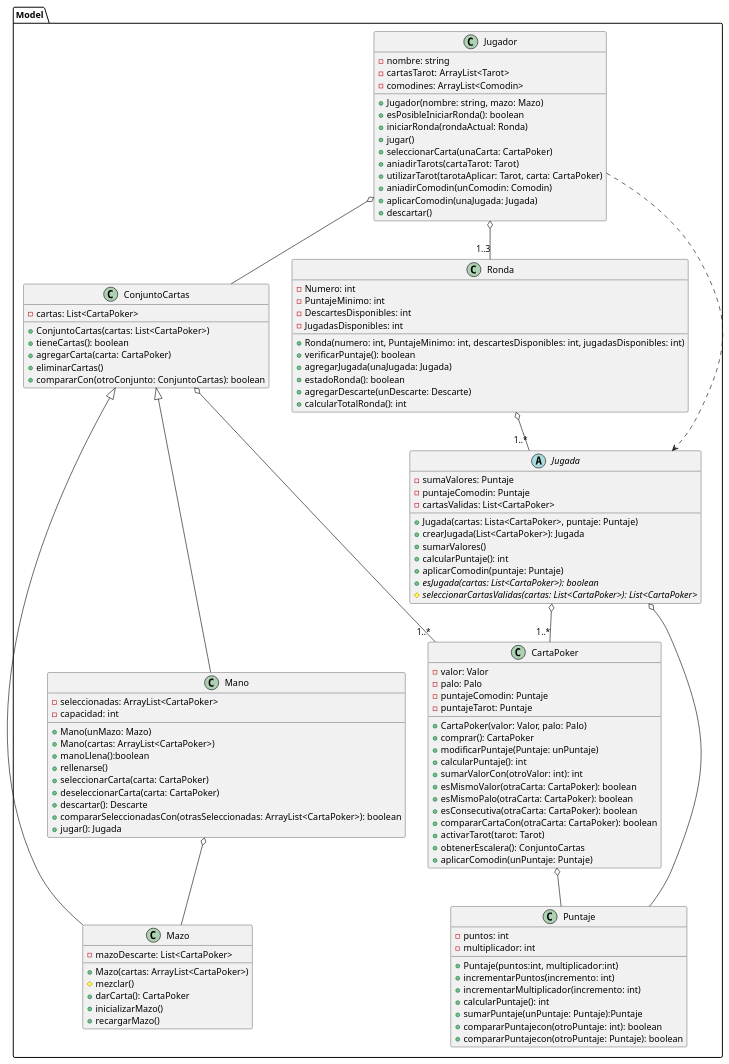
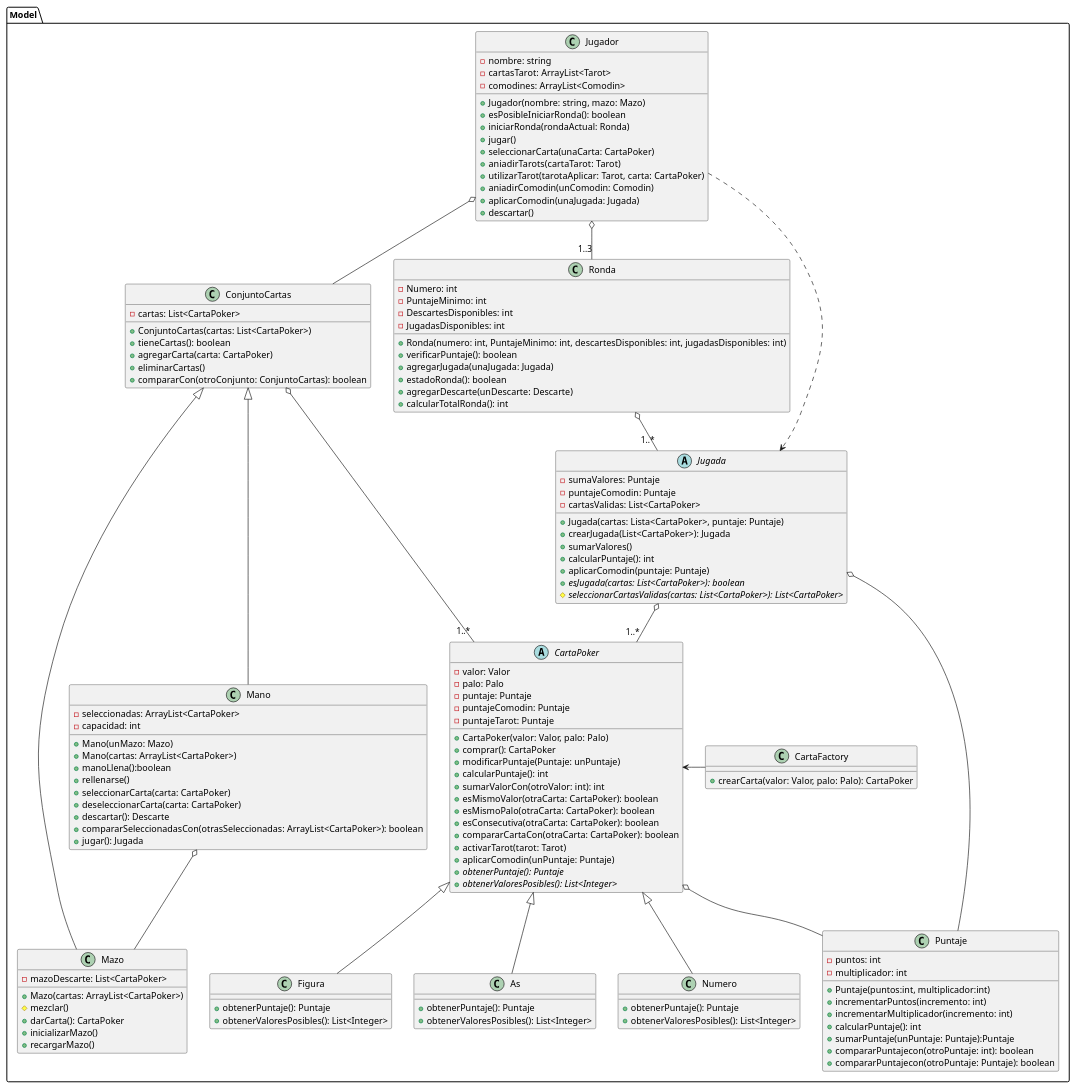
Before and after one commit to carruizdiaz1109/UBAlatro: the diagram in diagrams/classes/clasesBalatro2.puml, drawn with PlantUML. The commit also changed 6 other files, not shown here.

Commit message:
actualizo los diagramas de clase

```diff
--- a/diagrams/classes/clasesBalatro2.puml
+++ b/diagrams/classes/clasesBalatro2.puml
@@ -1,137 +1,163 @@
 @startuml
 
 package Model {
 
-class Jugador {
-    - nombre: string
-    - cartasTarot: ArrayList<Tarot>
-    - comodines: ArrayList<Comodin>
+    class Jugador {
+        - nombre: string
+        - cartasTarot: ArrayList<Tarot>
+        - comodines: ArrayList<Comodin>
 
-    + Jugador(nombre: string, mazo: Mazo)
-    + esPosibleIniciarRonda(): boolean
-    + iniciarRonda(rondaActual: Ronda)
-    + jugar()
-    + seleccionarCarta(unaCarta: CartaPoker)
-    + aniadirTarots(cartaTarot: Tarot)
-    + utilizarTarot(tarotaAplicar: Tarot, carta: CartaPoker)
-    + aniadirComodin(unComodin: Comodin)
-    + aplicarComodin(unaJugada: Jugada)
-    + descartar()
-}
+        + Jugador(nombre: string, mazo: Mazo)
+        + esPosibleIniciarRonda(): boolean
+        + iniciarRonda(rondaActual: Ronda)
+        + jugar()
+        + seleccionarCarta(unaCarta: CartaPoker)
+        + aniadirTarots(cartaTarot: Tarot)
+        + utilizarTarot(tarotaAplicar: Tarot, carta: CartaPoker)
+        + aniadirComodin(unComodin: Comodin)
+        + aplicarComodin(unaJugada: Jugada)
+        + descartar()
+    }
 
-class ConjuntoCartas{
-    - cartas: List<CartaPoker>
+    class ConjuntoCartas{
+        - cartas: List<CartaPoker>
 
-    + ConjuntoCartas(cartas: List<CartaPoker>)
-    + tieneCartas(): boolean
-    + agregarCarta(carta: CartaPoker)
-    + eliminarCartas()
-    + compararCon(otroConjunto: ConjuntoCartas): boolean
-}
+        + ConjuntoCartas(cartas: List<CartaPoker>)
+        + tieneCartas(): boolean
+        + agregarCarta(carta: CartaPoker)
+        + eliminarCartas()
+        + compararCon(otroConjunto: ConjuntoCartas): boolean
+    }
 
-class Mazo {
-    - mazoDescarte: List<CartaPoker>
+    class Mazo {
+        - mazoDescarte: List<CartaPoker>
 
-    + Mazo(cartas: ArrayList<CartaPoker>)
-    # mezclar()
-    + darCarta(): CartaPoker
-    + inicializarMazo()
-    + recargarMazo()
-}
+        + Mazo(cartas: ArrayList<CartaPoker>)
+        # mezclar()
+        + darCarta(): CartaPoker
+        + inicializarMazo()
+        + recargarMazo()
+    }
 
-class Mano {
-    - seleccionadas: ArrayList<CartaPoker>
-    - capacidad: int
+    class Mano {
+        - seleccionadas: ArrayList<CartaPoker>
+        - capacidad: int
 
-    + Mano(unMazo: Mazo)
-    + Mano(cartas: ArrayList<CartaPoker>)
-    + manoLlena():boolean
-    +rellenarse()
-    + seleccionarCarta(carta: CartaPoker)
-    + deseleccionarCarta(carta: CartaPoker)
-    + descartar(): Descarte
-    + compararSeleccionadasCon(otrasSeleccionadas: ArrayList<CartaPoker>): boolean
-    + jugar(): Jugada
-}
+        + Mano(unMazo: Mazo)
+        + Mano(cartas: ArrayList<CartaPoker>)
+        + manoLlena():boolean
+        + rellenarse()
+        + seleccionarCarta(carta: CartaPoker)
+        + deseleccionarCarta(carta: CartaPoker)
+        + descartar(): Descarte
+        + compararSeleccionadasCon(otrasSeleccionadas: ArrayList<CartaPoker>): boolean
+        + jugar(): Jugada
+    }
 
-class Puntaje {
-    - puntos: int
-    - multiplicador: int
+    class Puntaje {
+        - puntos: int
+        - multiplicador: int
 
-    + Puntaje(puntos:int, multiplicador:int)
-    + incrementarPuntos(incremento: int)
-    + incrementarMultiplicador(incremento: int)
-    + calcularPuntaje(): int
-    + sumarPuntaje(unPuntaje: Puntaje):Puntaje
-    + compararPuntajecon(otroPuntaje: int): boolean
-    + compararPuntajecon(otroPuntaje: Puntaje): boolean
-}
+        + Puntaje(puntos:int, multiplicador:int)
+        + incrementarPuntos(incremento: int)
+        + incrementarMultiplicador(incremento: int)
+        + calcularPuntaje(): int
+        + sumarPuntaje(unPuntaje: Puntaje):Puntaje
+        + compararPuntajecon(otroPuntaje: int): boolean
+        + compararPuntajecon(otroPuntaje: Puntaje): boolean
+    }
 
-class CartaPoker {
-    - valor: Valor
-    - palo: Palo
-    - puntajeComodin: Puntaje
-    - puntajeTarot: Puntaje
+    abstract class CartaPoker {
+        - valor: Valor
+        - palo: Palo
+        - puntaje: Puntaje
+        - puntajeComodin: Puntaje
+        - puntajeTarot: Puntaje
 
-    + CartaPoker(valor: Valor, palo: Palo)
-    + comprar(): CartaPoker
-    + modificarPuntaje(Puntaje: unPuntaje)
-    + calcularPuntaje(): int
-    + sumarValorCon(otroValor: int): int
-    + esMismoValor(otraCarta: CartaPoker): boolean
-    + esMismoPalo(otraCarta: CartaPoker): boolean
-    + esConsecutiva(otraCarta: CartaPoker): boolean
-    + compararCartaCon(otraCarta: CartaPoker): boolean
-    + activarTarot(tarot: Tarot)
-    + obtenerEscalera(): ConjuntoCartas
-    + aplicarComodin(unPuntaje: Puntaje)
-}
+        + CartaPoker(valor: Valor, palo: Palo)
+        + comprar(): CartaPoker
+        + modificarPuntaje(Puntaje: unPuntaje)
+        + calcularPuntaje(): int
+        + sumarValorCon(otroValor: int): int
+        + esMismoValor(otraCarta: CartaPoker): boolean
+        + esMismoPalo(otraCarta: CartaPoker): boolean
+        + esConsecutiva(otraCarta: CartaPoker): boolean
+        + compararCartaCon(otraCarta: CartaPoker): boolean
+        + activarTarot(tarot: Tarot)
+        + aplicarComodin(unPuntaje: Puntaje)
+        + {abstract}obtenerPuntaje(): Puntaje
+        + {abstract}obtenerValoresPosibles(): List<Integer>
+    }
 
-class Ronda {
-    - Numero: int
-    - PuntajeMinimo: int
-    - DescartesDisponibles: int
-    - JugadasDisponibles: int
+    class CartaFactory {
+        + crearCarta(valor: Valor, palo: Palo): CartaPoker
+    }
 
-    + Ronda(numero: int, PuntajeMinimo: int, descartesDisponibles: int, jugadasDisponibles: int)
-    + verificarPuntaje(): boolean
-    + agregarJugada(unaJugada: Jugada)
-    + estadoRonda(): boolean
-    + agregarDescarte(unDescarte: Descarte)
-    + calcularTotalRonda(): int
-}
+    class Numero {
+        + obtenerPuntaje(): Puntaje
+        + obtenerValoresPosibles(): List<Integer>
+    }
 
-abstract class Jugada {
-    - sumaValores: Puntaje
-    - puntajeComodin: Puntaje
-    - cartasValidas: List<CartaPoker>
+    class Figura {
+        + obtenerPuntaje(): Puntaje
+        + obtenerValoresPosibles(): List<Integer>
+    }
 
-    + Jugada(cartas: Lista<CartaPoker>, puntaje: Puntaje)
-    + crearJugada(List<CartaPoker>): Jugada
-    + sumarValores()
-    + calcularPuntaje(): int
-    + aplicarComodin(puntaje: Puntaje)
-    + {abstract}esJugada(cartas: List<CartaPoker>): boolean
-    # {abstract}seleccionarCartasValidas(cartas: List<CartaPoker>): List<CartaPoker>
-}
+    class As {
+        + obtenerPuntaje(): Puntaje
+        + obtenerValoresPosibles(): List<Integer>
+    }
 
-Jugador o-- "1..3" Ronda
-Jugador o-- ConjuntoCartas
-Jugador ..> Jugada
+    class Ronda {
+        - Numero: int
+        - PuntajeMinimo: int
+        - DescartesDisponibles: int
+        - JugadasDisponibles: int
 
-Mano -up--|> ConjuntoCartas
-Mazo -up--|> ConjuntoCartas
+        + Ronda(numero: int, PuntajeMinimo: int, descartesDisponibles: int, jugadasDisponibles: int)
+        + verificarPuntaje(): boolean
+        + agregarJugada(unaJugada: Jugada)
+        + estadoRonda(): boolean
+        + agregarDescarte(unDescarte: Descarte)
+        + calcularTotalRonda(): int
+    }
 
-ConjuntoCartas o-- "1..*" CartaPoker
-Mano o-- Mazo
+    abstract class Jugada {
+        - sumaValores: Puntaje
+        - puntajeComodin: Puntaje
+        - cartasValidas: List<CartaPoker>
 
-Jugada o-- "1..*" CartaPoker
+        + Jugada(cartas: Lista<CartaPoker>, puntaje: Puntaje)
+        + crearJugada(List<CartaPoker>): Jugada
+        + sumarValores()
+        + calcularPuntaje(): int
+        + aplicarComodin(puntaje: Puntaje)
+        + {abstract}esJugada(cartas: List<CartaPoker>): boolean
+        # {abstract}seleccionarCartasValidas(cartas: List<CartaPoker>): List<CartaPoker>
+    }
 
-CartaPoker o-- Puntaje
+    Jugador o-- "1..3" Ronda
+    Jugador o-- ConjuntoCartas
+    Jugador ..> Jugada
 
-Ronda o-- "1..*" Jugada
+    Mano -up--|> ConjuntoCartas
+    Mazo -up--|> ConjuntoCartas
 
-Jugada o-- Puntaje
+    ConjuntoCartas o-- "1..*" CartaPoker
+    Mano o-- Mazo
+
+    Jugada o-- "1..*" CartaPoker
+
+    CartaFactory -left-> CartaPoker
+    CartaPoker o-- Puntaje
+    Numero -up-|> CartaPoker
+    Figura -up-|> CartaPoker
+    As -up-|> CartaPoker
+
+    Ronda o-- "1..*" Jugada
+
+    Jugada o-- Puntaje
+
 
 }
 @enduml
```
